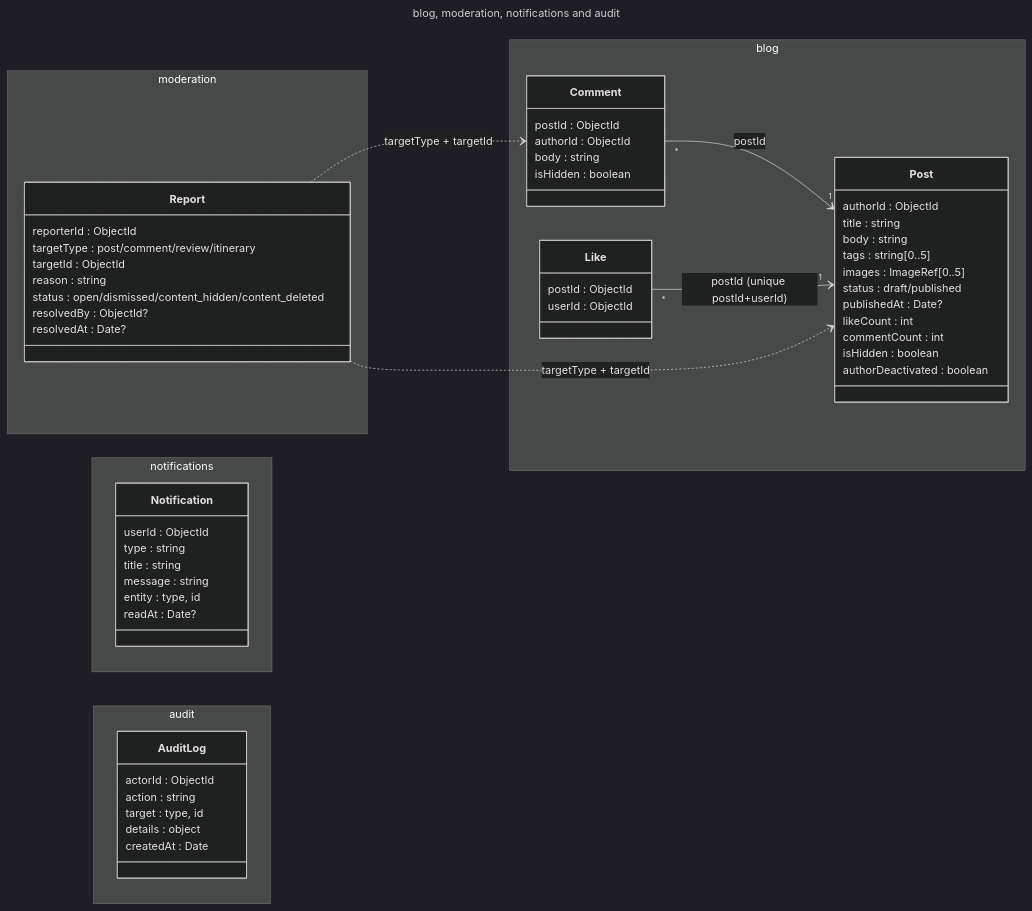
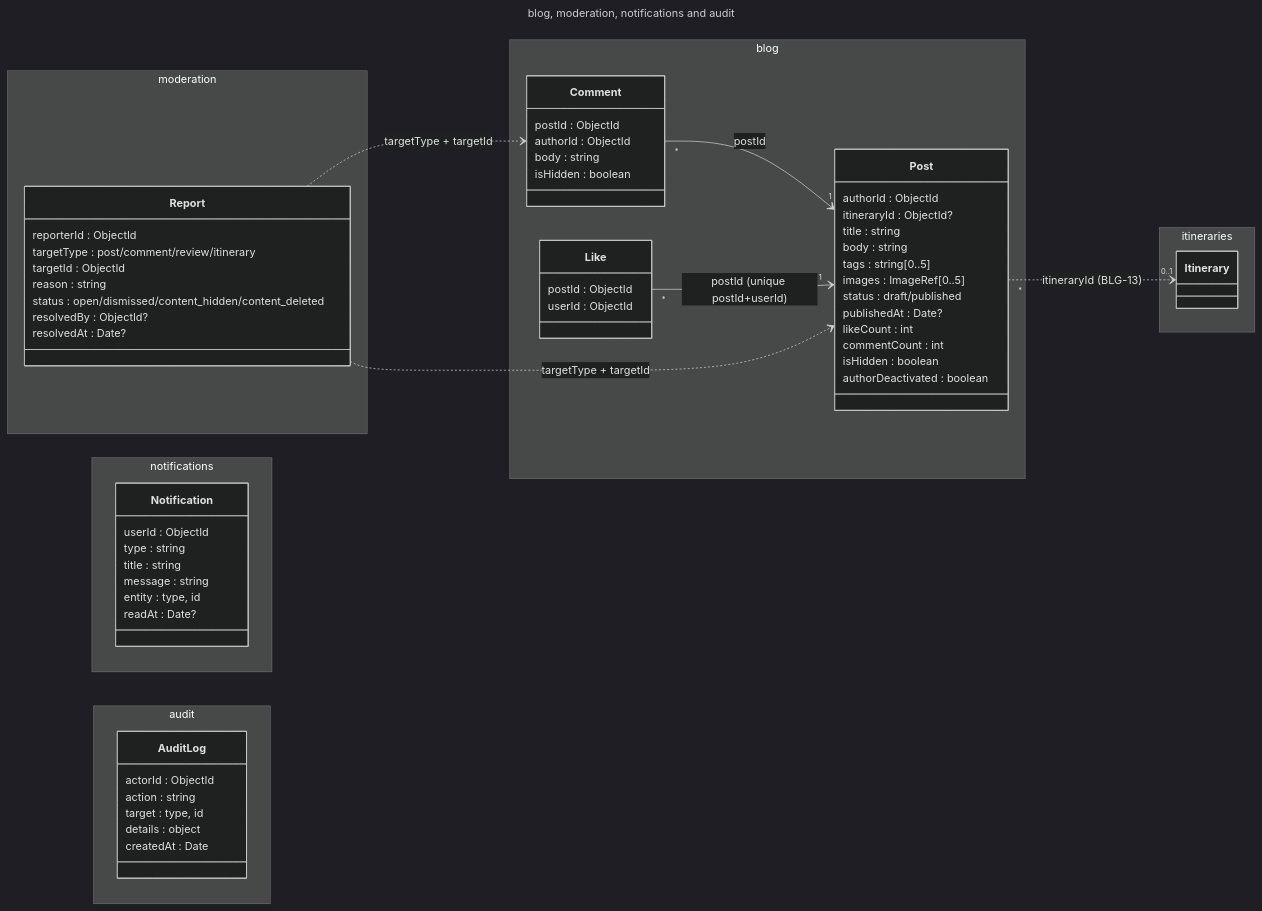
The diagram in docs/database/diagrams/06-community.mmd (Host173/Man2o4ah), drawn with Mermaid (dark theme) before and after one commit. The commit also changed 8 other files, not shown here.

First line of the commit message:
feat(blog): prepare itinerary attachment schema (BLG-13)

```diff
--- a/docs/database/diagrams/06-community.mmd
+++ b/docs/database/diagrams/06-community.mmd
@@ -1,64 +1,69 @@
 ---
 title: blog, moderation, notifications and audit
 ---
 classDiagram
   direction LR
   namespace blog {
     class Post {
       authorId : ObjectId
+      itineraryId : ObjectId?
       title : string
       body : string
       tags : string[0..5]
       images : ImageRef[0..5]
       status : draft/published
       publishedAt : Date?
       likeCount : int
       commentCount : int
       isHidden : boolean
       authorDeactivated : boolean
     }
     class Comment {
       postId : ObjectId
       authorId : ObjectId
       body : string
       isHidden : boolean
     }
     class Like {
       postId : ObjectId
       userId : ObjectId
     }
   }
   namespace moderation {
     class Report {
       reporterId : ObjectId
       targetType : post/comment/review/itinerary
       targetId : ObjectId
       reason : string
       status : open/dismissed/content_hidden/content_deleted
       resolvedBy : ObjectId?
       resolvedAt : Date?
     }
   }
   namespace notifications {
     class Notification {
       userId : ObjectId
       type : string
       title : string
       message : string
       entity : type, id
       readAt : Date?
     }
   }
   namespace audit {
     class AuditLog {
       actorId : ObjectId
       action : string
       target : type, id
       details : object
       createdAt : Date
     }
   }
+  namespace itineraries {
+    class Itinerary
+  }
   Comment "*" --> "1" Post : postId
+  Post "*" ..> "0..1" Itinerary : itineraryId (BLG-13)
   Like "*" --> "1" Post : postId (unique postId+userId)
   Report ..> Post : targetType + targetId
   Report ..> Comment : targetType + targetId
```
